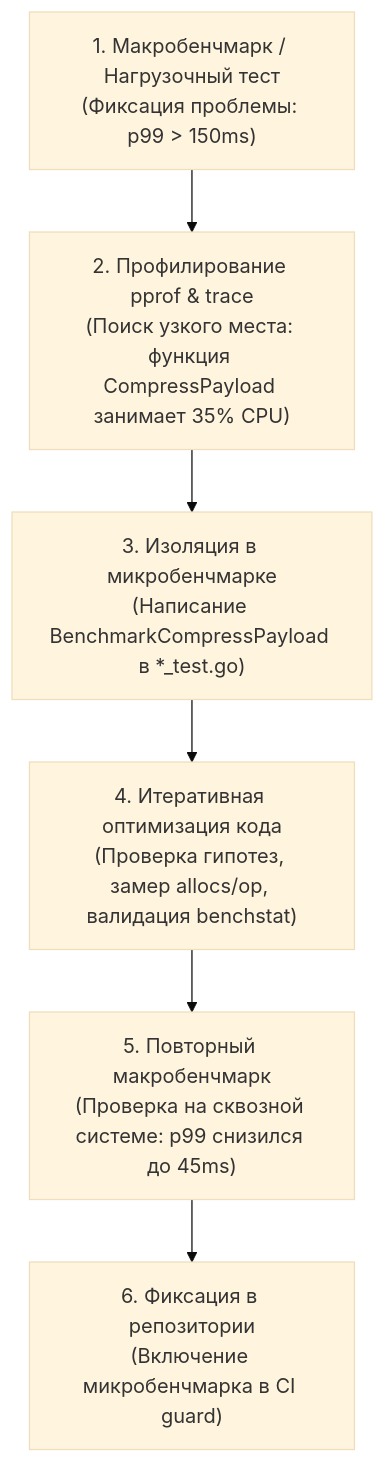
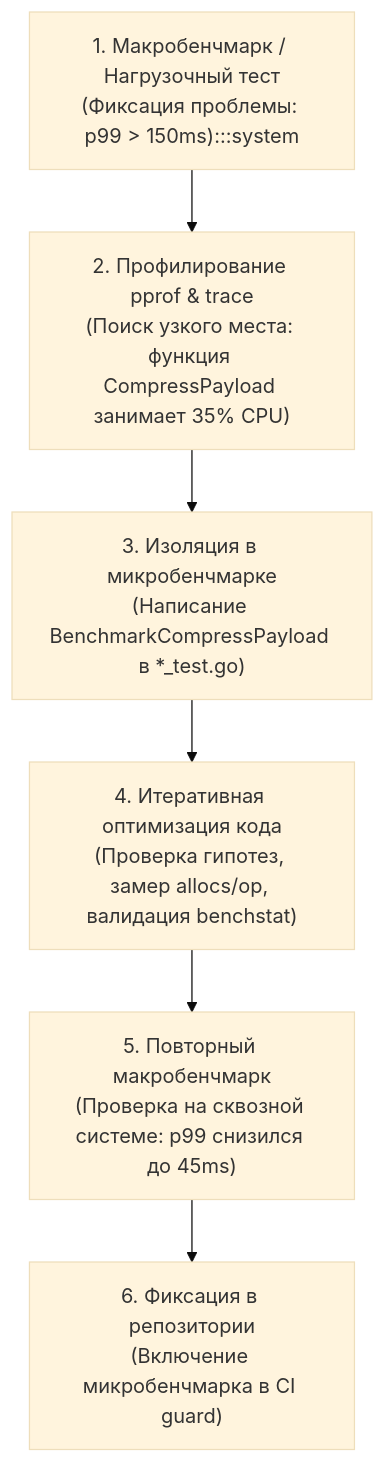
Before and after one commit to UnrealTemplier/go-textbook: the second of 2 diagrams in sources/16. Профилирование, отладка и производительность/02. Benchmarking/5. microbenchmarks vs macrobenchmarks.md, drawn with Mermaid (base theme). The commit also changed 1666 other files, not shown here.

First line of the commit message:
feat(mermaid): add semantic color classDef to 1369 colorless flowchart/graph diagrams

````diff
--- a/sources/16. Профилирование, отладка и производительность/02. Benchmarking/5. microbenchmarks vs macrobenchmarks.md
+++ b/sources/16. Профилирование, отладка и производительность/02. Benchmarking/5. microbenchmarks vs macrobenchmarks.md
@@ -160,8 +160,18 @@
 ```mermaid
 flowchart TD
-    Step1["1. Макробенчмарк / Нагрузочный тест<br>(Фиксация проблемы: p99 > 150ms)"] --> Step2["2. Профилирование pprof & trace<br>(Поиск узкого места: функция CompressPayload занимает 35% CPU)"]
+    classDef process  fill:#1e293b,stroke:#38bdf8,stroke-width:1px,color:#f8fafc
+    classDef success  fill:#064e3b,stroke:#34d399,stroke-width:1px,color:#f8fafc
+    classDef error    fill:#7f1d1d,stroke:#f87171,stroke-width:1px,color:#f8fafc
+    classDef warning  fill:#78350f,stroke:#fbbf24,stroke-width:1px,color:#f8fafc
+    classDef entry    fill:#1e3a5f,stroke:#38bdf8,stroke-width:2px,color:#f8fafc
+    classDef aux      fill:#334155,stroke:#64748b,stroke-width:1px,color:#f8fafc
+    classDef system   fill:#312e81,stroke:#a78bfa,stroke-width:1px,color:#f8fafc
+    classDef data     fill:#132d29,stroke:#2dd4bf,stroke-width:1px,color:#f8fafc
+    classDef network  fill:#881337,stroke:#fb7185,stroke-width:1px,color:#f8fafc
+    classDef accent   fill:#1e1b4b,stroke:#818cf8,stroke-width:1px,color:#f8fafc
+    Step1["1. Макробенчмарк / Нагрузочный тест<br>(Фиксация проблемы: p99 > 150ms):::system"] --> Step2["2. Профилирование pprof & trace<br>(Поиск узкого места: функция CompressPayload занимает 35% CPU)"]
     Step2 --> Step3["3. Изоляция в микробенчмарке<br>(Написание BenchmarkCompressPayload в *_test.go)"]
     Step3 --> Step4["4. Итеративная оптимизация кода<br>(Проверка гипотез, замер allocs/op, валидация benchstat)"]
     Step4 --> Step5["5. Повторный макробенчмарк<br>(Проверка на сквозной системе: p99 снизился до 45ms)"]
     Step5 --> Step6["6. Фиксация в репозитории<br>(Включение микробенчмарка в CI guard)"]
 ```
````
